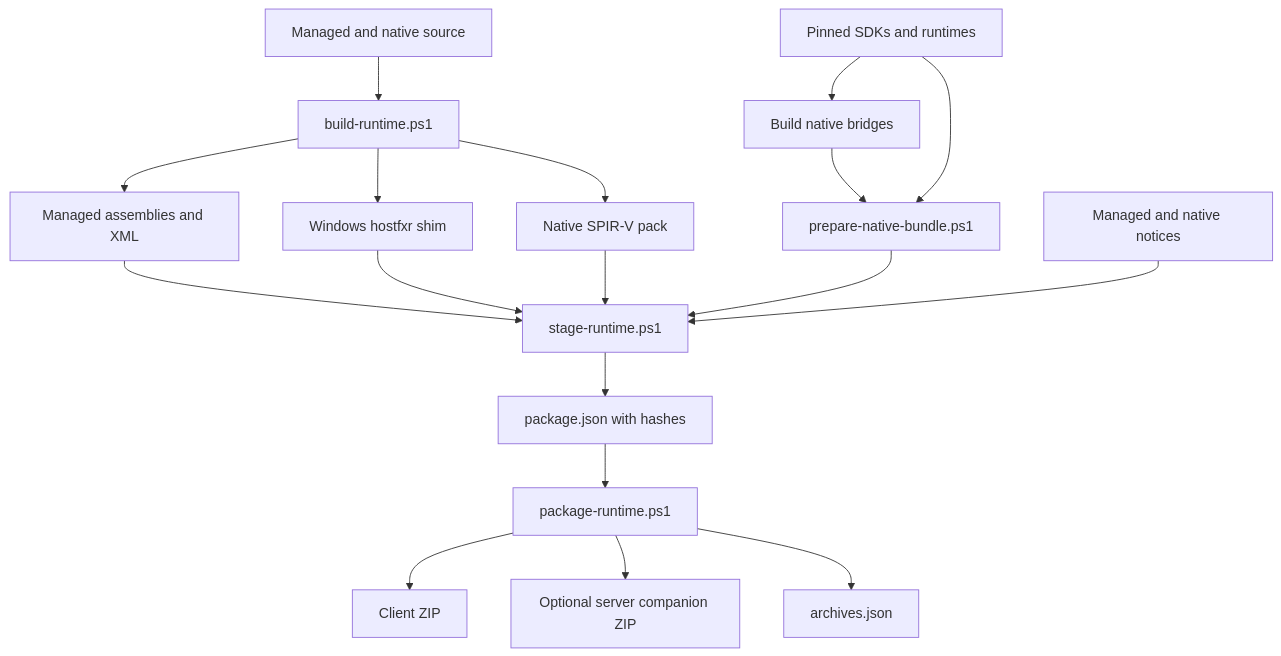
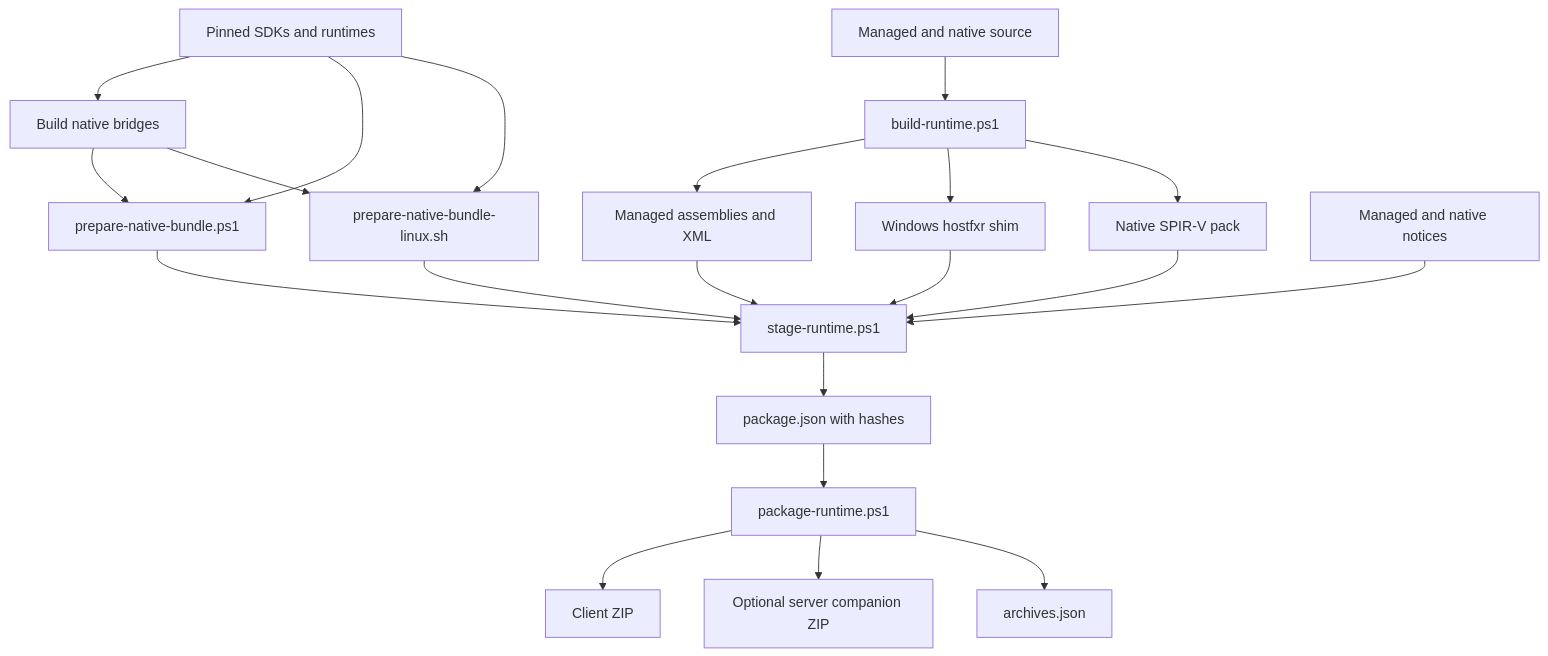
The diagram in docs/development.md (KillerPixelCrew/VulkanStory), drawn with Mermaid before and after one commit. The commit also changed other lines of this file and 3 other files, not shown here.

First line of the commit message:
feat: add Linux native bundle script, packaging docs and Cairo font fix

````diff
--- a/docs/development.md
+++ b/docs/development.md
@@ -36,20 +41,23 @@
 ```mermaid
 flowchart TD
     SDK[Pinned SDKs and runtimes] --> Bridges[Build native bridges]
     Source[Managed and native source] --> Runtime[build-runtime.ps1]
     Runtime --> Managed[Managed assemblies and XML]
     Runtime --> Proxy[Windows hostfxr shim]
     Runtime --> Shader[Native SPIR-V pack]
     Bridges --> Bundle[prepare-native-bundle.ps1]
     SDK --> Bundle
+    Bridges --> LinuxBundle[prepare-native-bundle-linux.sh]
+    SDK --> LinuxBundle
+    LinuxBundle --> Stage[stage-runtime.ps1]
     Managed --> Stage[stage-runtime.ps1]
     Proxy --> Stage
     Shader --> Stage
     Bundle --> Stage
     Notices[Managed and native notices] --> Stage
     Stage --> Inventory[package.json with hashes]
     Inventory --> Package[package-runtime.ps1]
     Package --> Client[Client ZIP]
     Package --> Companion[Optional server companion ZIP]
     Package --> Hashes[archives.json]
 ```
````
